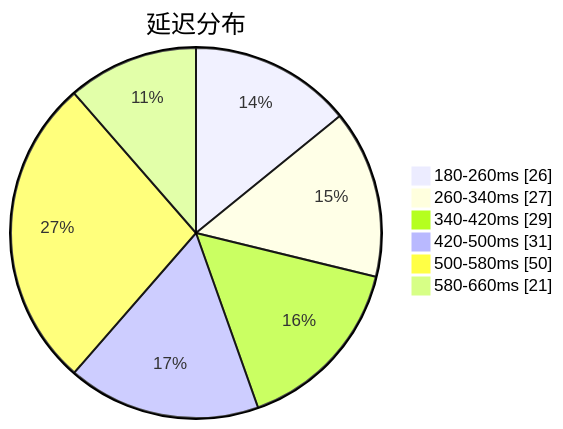
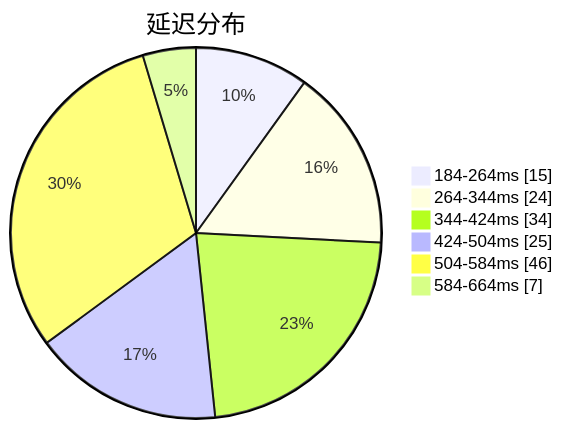
One commit to qjlxg/airport changed the first of 3 diagrams in subs/statistics/tested_within.md. Above: the diagram before and after it, drawn with Mermaid. The commit also changed other lines of this file and 2 other files, not shown here.

````diff
--- a/subs/statistics/tested_within.md
+++ b/subs/statistics/tested_within.md
@@ -2,10 +2,10 @@
 ```mermaid
 pie showData
 title 延迟分布
-"180-260ms" : 26
-"260-340ms" : 27
-"340-420ms" : 29
-"420-500ms" : 31
-"500-580ms" : 50
-"580-660ms" : 21
+"184-264ms" : 15
+"264-344ms" : 24
+"344-424ms" : 34
+"424-504ms" : 25
+"504-584ms" : 46
+"584-664ms" : 7
 ```
````
